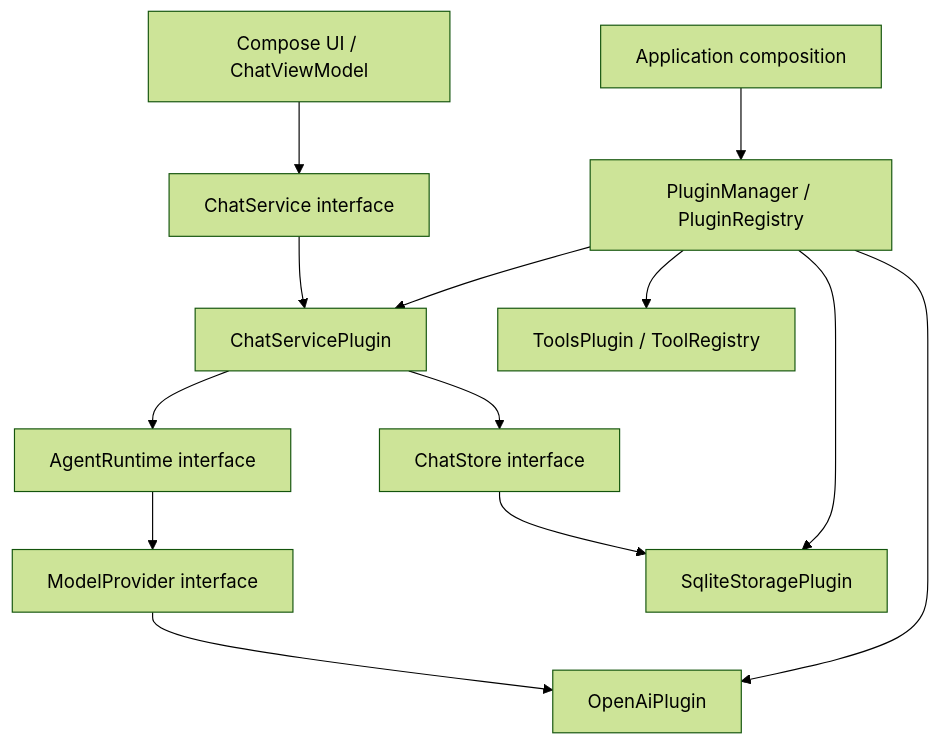
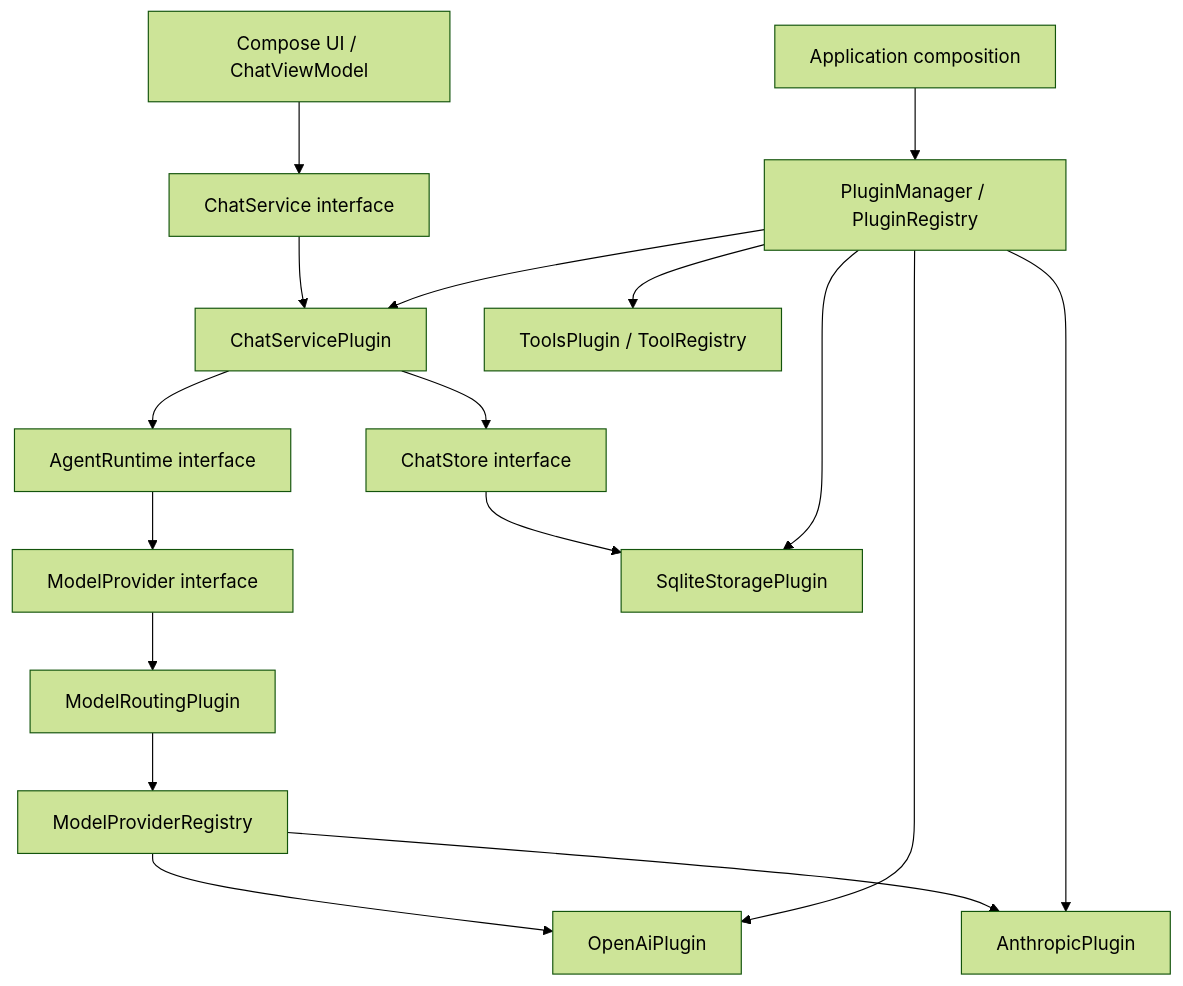
One commit to veryy/Solvit changed the diagram in docs/architecture.md. Above: the diagram before and after it, drawn with Mermaid (forest theme). The commit also changed other lines of this file and 4 other files, not shown here.

````diff
--- a/docs/architecture.md
+++ b/docs/architecture.md
@@ -21,15 +21,19 @@
 ```mermaid
 flowchart TD
   UI[Compose UI / ChatViewModel] --> C[ChatService interface]
   C --> R[ChatServicePlugin]
   R --> S[ChatStore interface]
   R --> A[AgentRuntime interface]
   A --> M[ModelProvider interface]
-  M --> O[OpenAiPlugin]
+  M --> MR[ModelRoutingPlugin]
+  MR --> MP[ModelProviderRegistry]
+  MP --> O[OpenAiPlugin]
+  MP --> CL[AnthropicPlugin]
   S --> SQL[SqliteStoragePlugin]
   Boot[Application composition] --> PM[PluginManager / PluginRegistry]
   PM --> R
   PM --> O
+  PM --> CL
   PM --> SQL
   PM --> T[ToolsPlugin / ToolRegistry]
 ```
````
